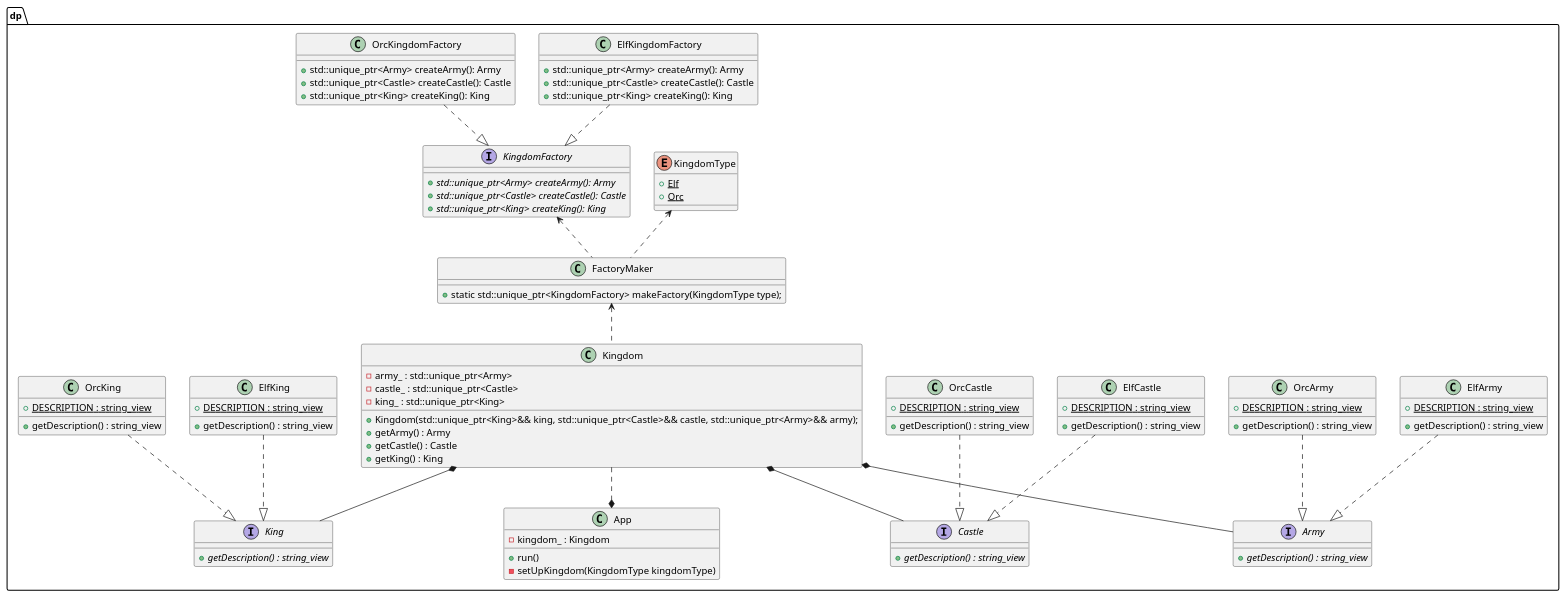
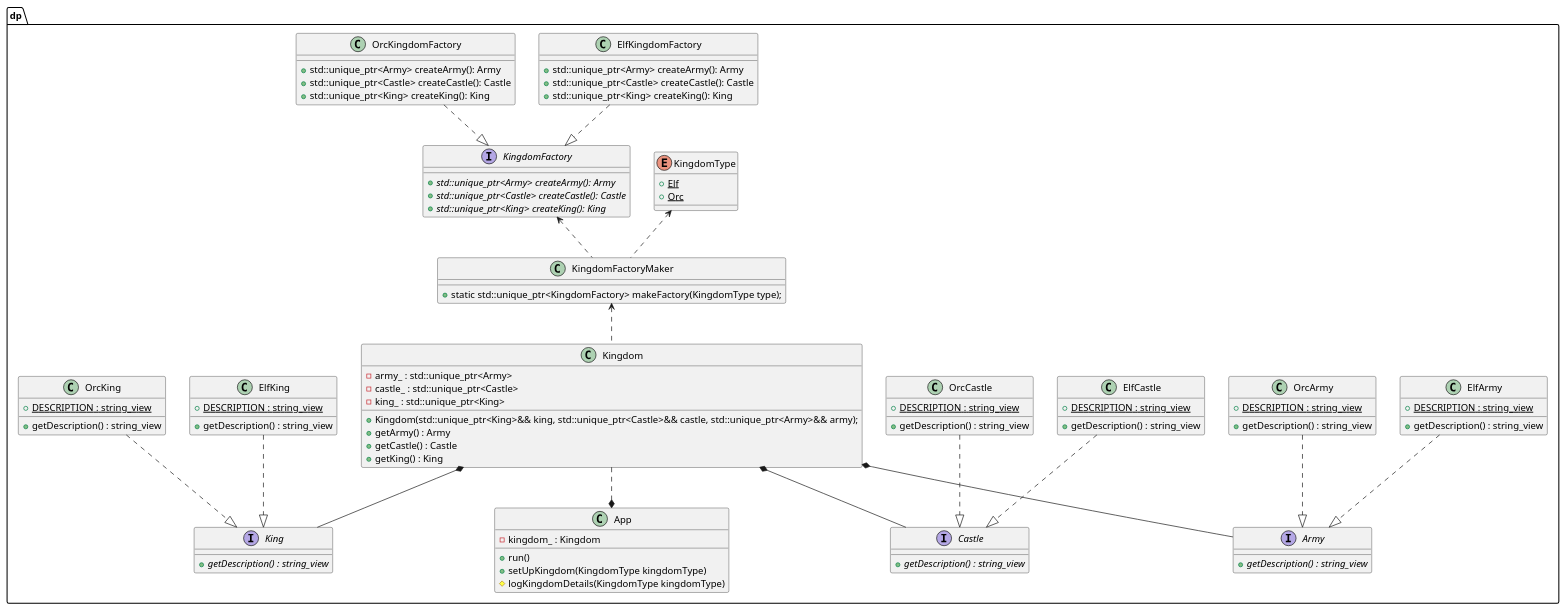
One commit to mmpaszkowski/cpp-design-patterns changed the diagram in abstract-factory/etc/abstract-factory.puml. Above: the diagram before and after it, drawn with PlantUML. The commit also changed 10 other files, not shown here.

```diff
--- a/abstract-factory/etc/abstract-factory.puml
+++ b/abstract-factory/etc/abstract-factory.puml
@@ -1,105 +1,106 @@
 @startuml
 namespace dp {
   class App {
     - kingdom_ : Kingdom
 
     + run()
-    - setUpKingdom(KingdomType kingdomType)
+    + setUpKingdom(KingdomType kingdomType)
+    # logKingdomDetails(KingdomType kingdomType)
   }
 
-  class FactoryMaker {
+  class KingdomFactoryMaker {
     + static std::unique_ptr<KingdomFactory> makeFactory(KingdomType type);
   }
 
   class Kingdom {
     - army_ : std::unique_ptr<Army>
     - castle_ : std::unique_ptr<Castle>
     - king_ : std::unique_ptr<King>
 
     + Kingdom(std::unique_ptr<King>&& king, std::unique_ptr<Castle>&& castle, std::unique_ptr<Army>&& army);
     + getArmy() : Army
     + getCastle() : Castle
     + getKing() : King
   }
 
   enum KingdomType {
     + Elf {static}
     + Orc {static}
   }
 
   interface Army {
     + getDescription() : string_view {abstract}
   }
 
   interface Castle {
     + getDescription() : string_view {abstract}
   }
 
   class ElfArmy {
     + DESCRIPTION : string_view {static}
     + getDescription() : string_view
   }
 
   class ElfCastle {
     + DESCRIPTION : string_view {static}
     + getDescription() : string_view
   }
 
   class ElfKing {
     + DESCRIPTION : string_view {static}
     + getDescription() : string_view
   }
 
   class ElfKingdomFactory {
     + std::unique_ptr<Army> createArmy(): Army
     + std::unique_ptr<Castle> createCastle(): Castle
     + std::unique_ptr<King> createKing(): King
   }
 
   interface King {
     + getDescription() : string_view {abstract}
   }
 
   interface KingdomFactory {
     + std::unique_ptr<Army> createArmy(): Army {abstract}
     + std::unique_ptr<Castle> createCastle(): Castle {abstract}
     + std::unique_ptr<King> createKing(): King {abstract}
   }
 
   class OrcArmy {
     + DESCRIPTION : string_view {static}
     + getDescription() : string_view
   }
 
   class OrcCastle {
     + DESCRIPTION : string_view {static}
     + getDescription() : string_view
   }
 
   class OrcKing {
     + DESCRIPTION : string_view {static}
     + getDescription() : string_view
   }
   class OrcKingdomFactory {
     + std::unique_ptr<Army> createArmy(): Army
     + std::unique_ptr<Castle> createCastle(): Castle
     + std::unique_ptr<King> createKing(): King
   }
 }
 
-KingdomType <.. FactoryMaker
+KingdomType <.. KingdomFactoryMaker
 Kingdom *-- Castle
-FactoryMaker <.. Kingdom
-KingdomFactory <.. FactoryMaker
+KingdomFactoryMaker <.. Kingdom
+KingdomFactory <.. KingdomFactoryMaker
 Kingdom ..* App
 Kingdom *-- King
 Kingdom *-- Army
 ElfArmy ..|> Army
 ElfCastle ..|> Castle
 ElfKing ..|> King
 ElfKingdomFactory ..|> KingdomFactory
 OrcArmy ..|> Army
 OrcCastle ..|> Castle
 OrcKing ..|> King
 OrcKingdomFactory ..|> KingdomFactory
 @enduml
```
